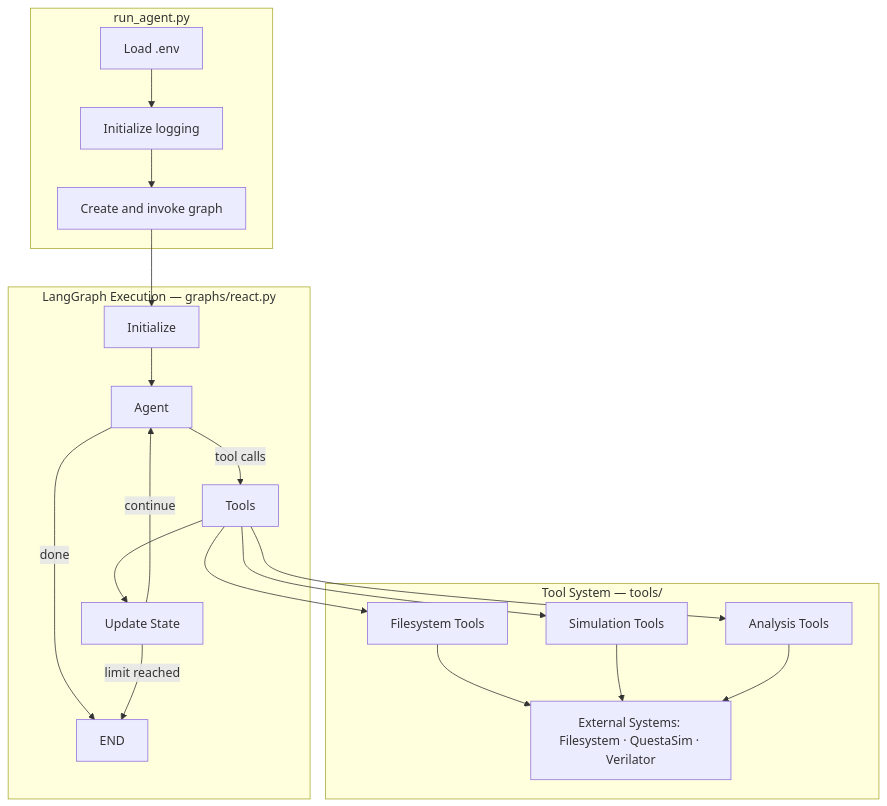
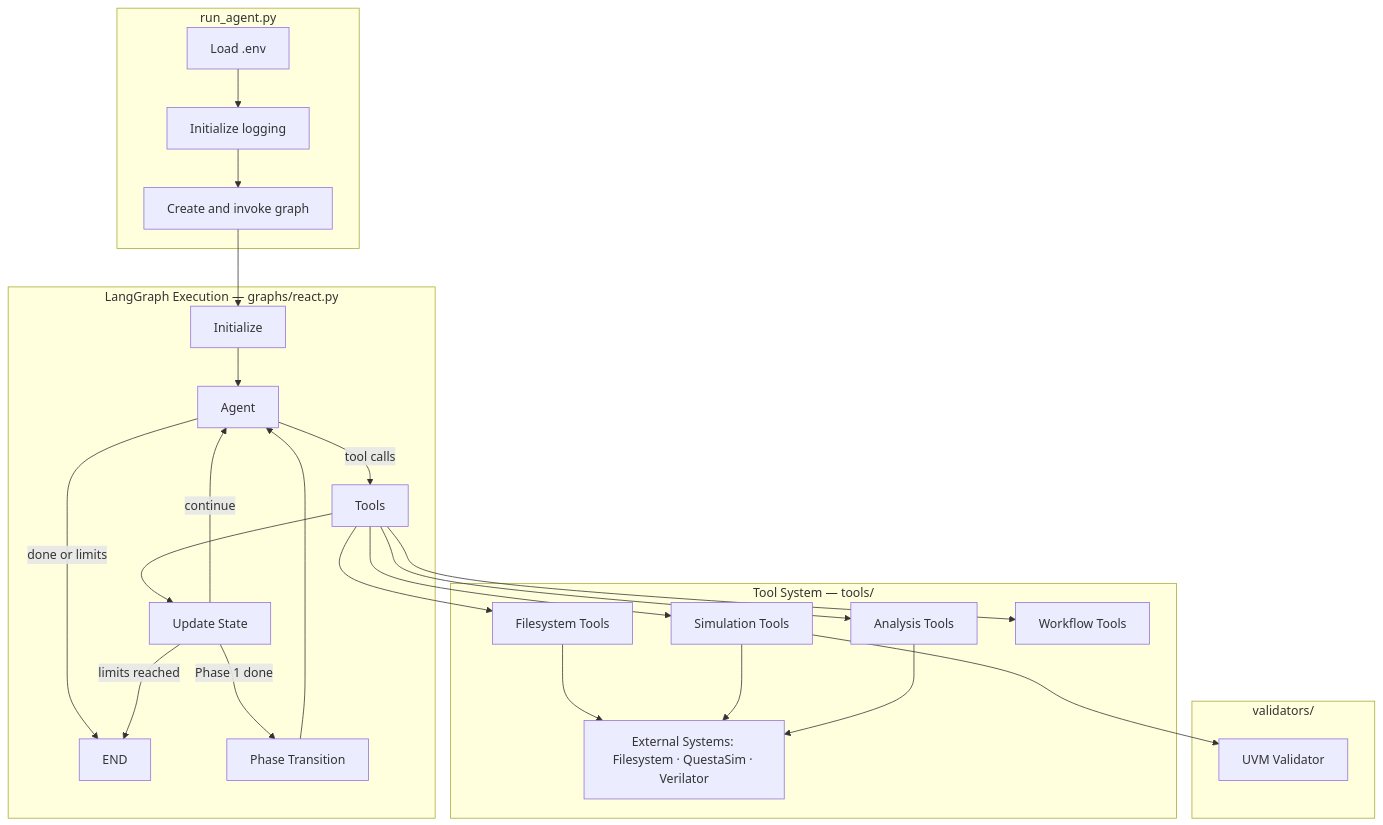
One commit to advent-lab/llm-verif changed the first of 6 diagrams in docs/ARCH.md. Above: the diagram before and after it, drawn with Mermaid. The commit also changed other lines of this file and 3 other files, not shown here.

````diff
--- a/docs/ARCH.md
+++ b/docs/ARCH.md
@@ -102,29 +119,38 @@
 ```mermaid
 graph TD
     subgraph Entry["run_agent.py"]
         E1[Load .env] --> E2[Initialize logging] --> E3[Create and invoke graph]
     end
 
     subgraph Graph["LangGraph Execution — graphs/react.py"]
         Init[Initialize] --> Agent[Agent]
         Agent -->|tool calls| Tools[Tools]
         Tools --> Update[Update State]
         Update -->|continue| Agent
-        Agent -->|done| Stop[END]
-        Update -->|limit reached| Stop
+        Agent -->|done or limits| Stop[END]
+        Update -->|limits reached| Stop
+        Update -->|Phase 1 done| PT[Phase Transition]
+        PT --> Agent
     end
 
     subgraph ToolSystem["Tool System — tools/"]
         FS[Filesystem Tools]
         Sim[Simulation Tools]
         Ana[Analysis Tools]
+        WF[Workflow Tools]
         FS --> Ext[External Systems: Filesystem · QuestaSim · Verilator]
         Sim --> Ext
         Ana --> Ext
+    end
+
+    subgraph Validators["validators/"]
+        UV[UVM Validator]
     end
 
     E3 --> Init
     Tools --> FS
     Tools --> Sim
     Tools --> Ana
+    Tools --> WF
+    Sim --> UV
 ```
````
